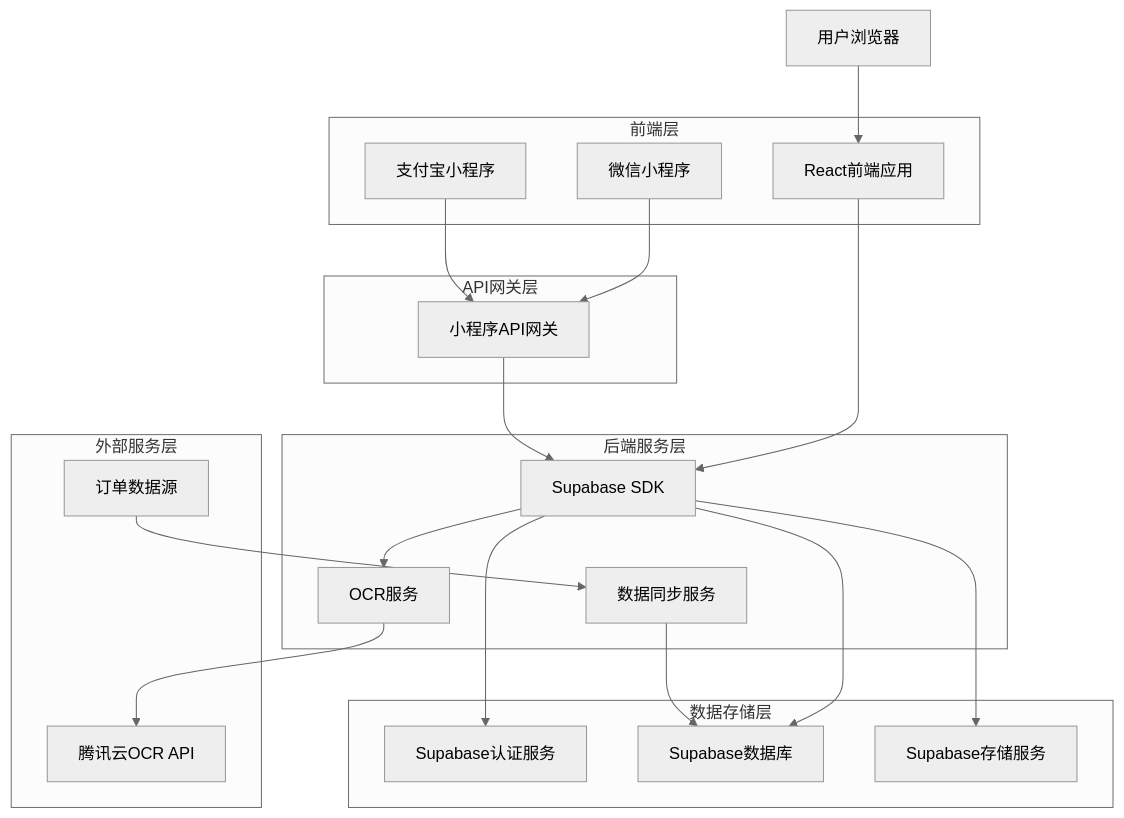
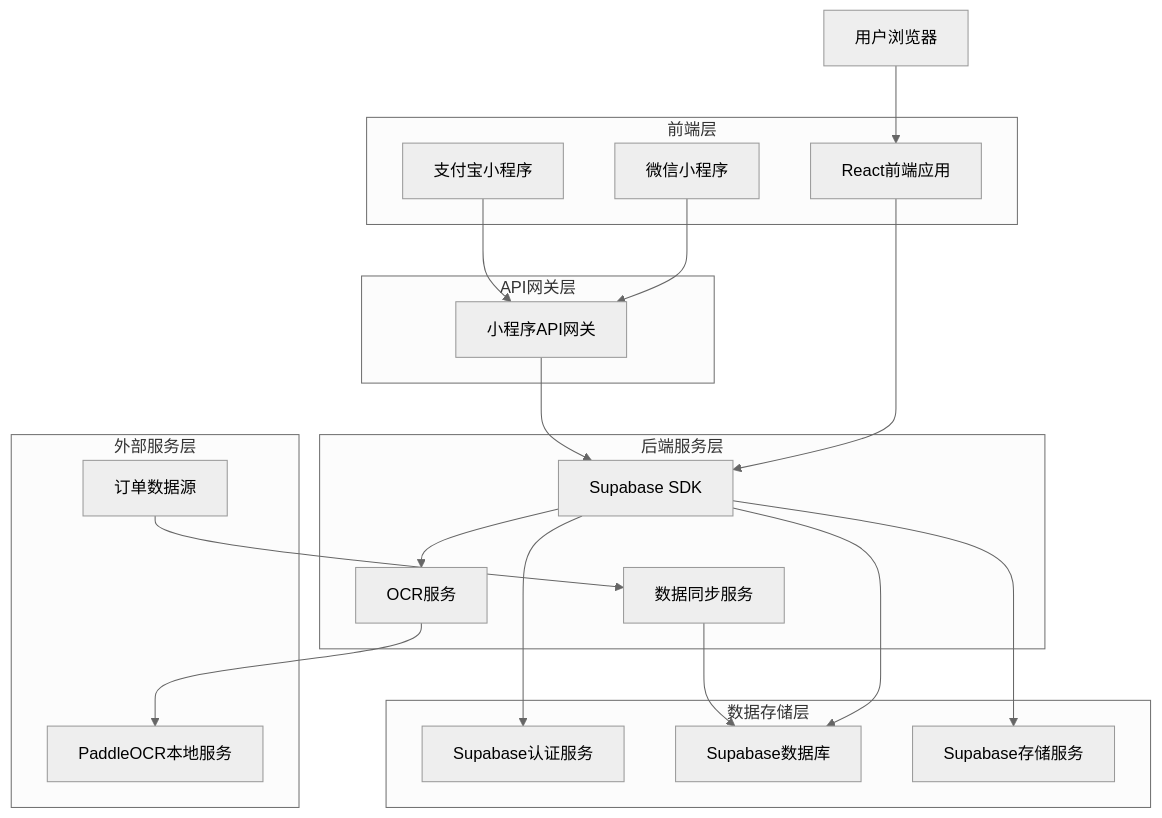
Before and after one commit to Starhx68/social-analyzer: the first of 4 diagrams in technical_architecture.md, drawn with Mermaid (neutral theme). The commit also changed other lines of this file and 19 other files, not shown here.

````diff
--- a/technical_architecture.md
+++ b/technical_architecture.md
@@ -3,45 +3,45 @@
 ```mermaid
 graph TD
     A[用户浏览器] --> B[React前端应用]
     C[微信小程序] --> D[小程序API网关]
     E[支付宝小程序] --> D
-    
+  
     B --> F[Supabase SDK]
     D --> F
     F --> G[Supabase认证服务]
     F --> H[Supabase数据库]
     F --> I[Supabase存储服务]
-    
-    J[OCR服务] --> K[腾讯云OCR API]
+  
+    J[OCR服务] --> K[PaddleOCR本地服务]
     F --> J
-    
+  
     L[订单数据源] --> M[数据同步服务]
     M --> H
 
     subgraph "前端层"
         B
         C
         E
     end
 
     subgraph "API网关层"
         D
     end
 
     subgraph "后端服务层"
         F
         J
         M
     end
 
     subgraph "数据存储层"
         G
         H
         I
     end
 
     subgraph "外部服务层"
         K
         L
     end
 ```
````
